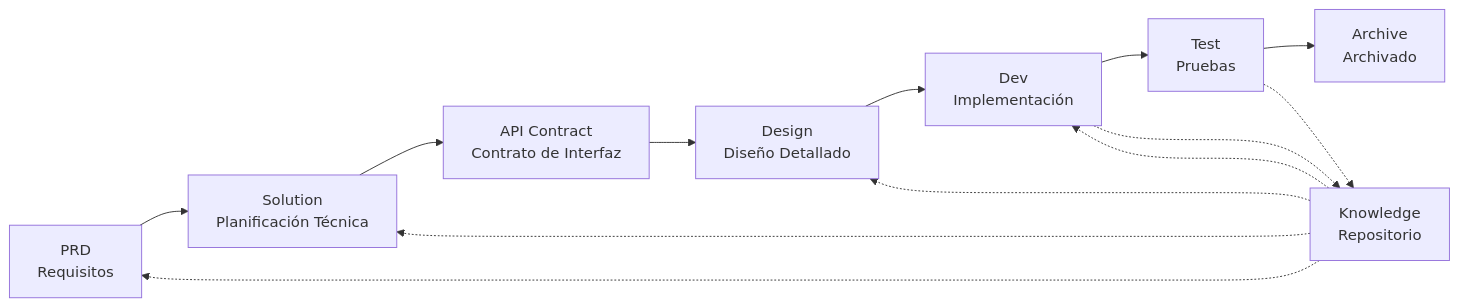
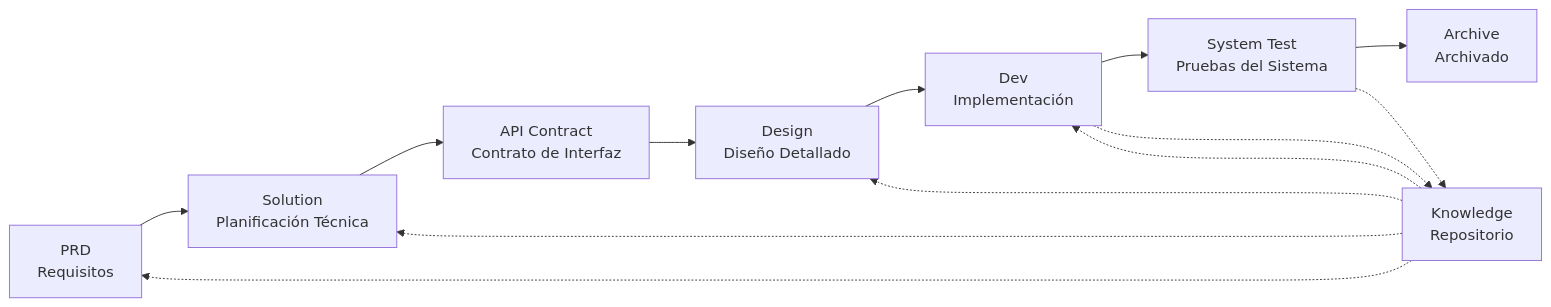
One commit to charlesmu99/speccrew changed the diagram in README.es.md. Above: the diagram before and after it, drawn with Mermaid. The commit also changed other lines of this file and 3 other files, not shown here.

Commit message:
docs: update all README files with npm install instructions and latest agent/skill architecture

````diff
--- a/README.es.md
+++ b/README.es.md
@@ -90,17 +96,17 @@
 ```mermaid
 graph LR
     A[PRD<br/>Requisitos] --> B[Solution<br/>Planificación Técnica]
     B --> C[API Contract<br/>Contrato de Interfaz]
     C --> D[Design<br/>Diseño Detallado]
     D --> E[Dev<br/>Implementación]
-    E --> F[Test<br/>Pruebas]
+    E --> F[System Test<br/>Pruebas del Sistema]
     F --> G[Archive<br/>Archivado]
     
     H[Knowledge<br/>Repositorio] -.-> A
     H -.-> B
     H -.-> D
     H -.-> E
     
     E -.-> H
     F -.-> H
 ```
````
